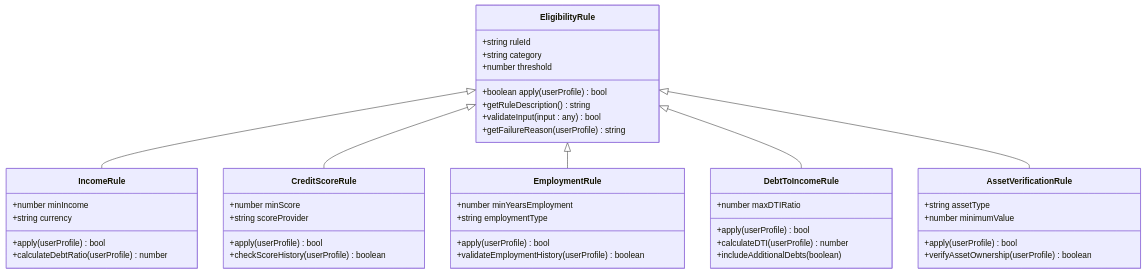
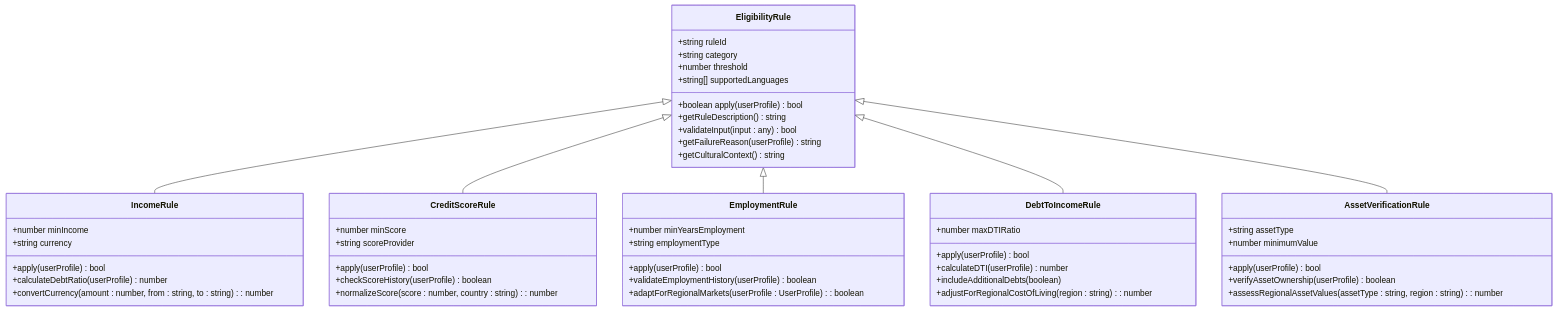
One commit to alibaba-hackathon-fsi/frontend-vaya changed the seventh of 9 diagrams in .qoder/repowiki/en/content/Chat Interface/AI Processing Engine.md. Above: the diagram before and after it, drawn with Mermaid. The commit also changed other lines of this file and 36 other files, not shown here.

````diff
--- a/.qoder/repowiki/en/content/Chat Interface/AI Processing Engine.md
+++ b/.qoder/repowiki/en/content/Chat Interface/AI Processing Engine.md
@@ -367,47 +440,54 @@
 ```mermaid
 classDiagram
 class EligibilityRule {
 +string ruleId
 +string category
 +number threshold
 +boolean apply(userProfile) bool
 +getRuleDescription() string
 +validateInput(input : any) bool
 +getFailureReason(userProfile) string
++string[] supportedLanguages
++getCulturalContext() string
 }
 class IncomeRule {
 +number minIncome
 +string currency
 +apply(userProfile) bool
 +calculateDebtRatio(userProfile) number
++convertCurrency(amount : number, from : string, to : string) : number
 }
 class CreditScoreRule {
 +number minScore
 +string scoreProvider
 +apply(userProfile) bool
 +checkScoreHistory(userProfile) boolean
++normalizeScore(score : number, country : string) : number
 }
 class EmploymentRule {
 +number minYearsEmployment
 +string employmentType
 +apply(userProfile) bool
 +validateEmploymentHistory(userProfile) boolean
++adaptForRegionalMarkets(userProfile : UserProfile) : boolean
 }
 class DebtToIncomeRule {
 +number maxDTIRatio
 +apply(userProfile) bool
 +calculateDTI(userProfile) number
 +includeAdditionalDebts(boolean)
++adjustForRegionalCostOfLiving(region : string) : number
 }
 class AssetVerificationRule {
 +string assetType
 +number minimumValue
 +apply(userProfile) bool
 +verifyAssetOwnership(userProfile) boolean
++assessRegionalAssetValues(assetType : string, region : string) : number
 }
 EligibilityRule <|-- IncomeRule
 EligibilityRule <|-- CreditScoreRule
 EligibilityRule <|-- EmploymentRule
 EligibilityRule <|-- DebtToIncomeRule
 EligibilityRule <|-- AssetVerificationRule
 ```
````
